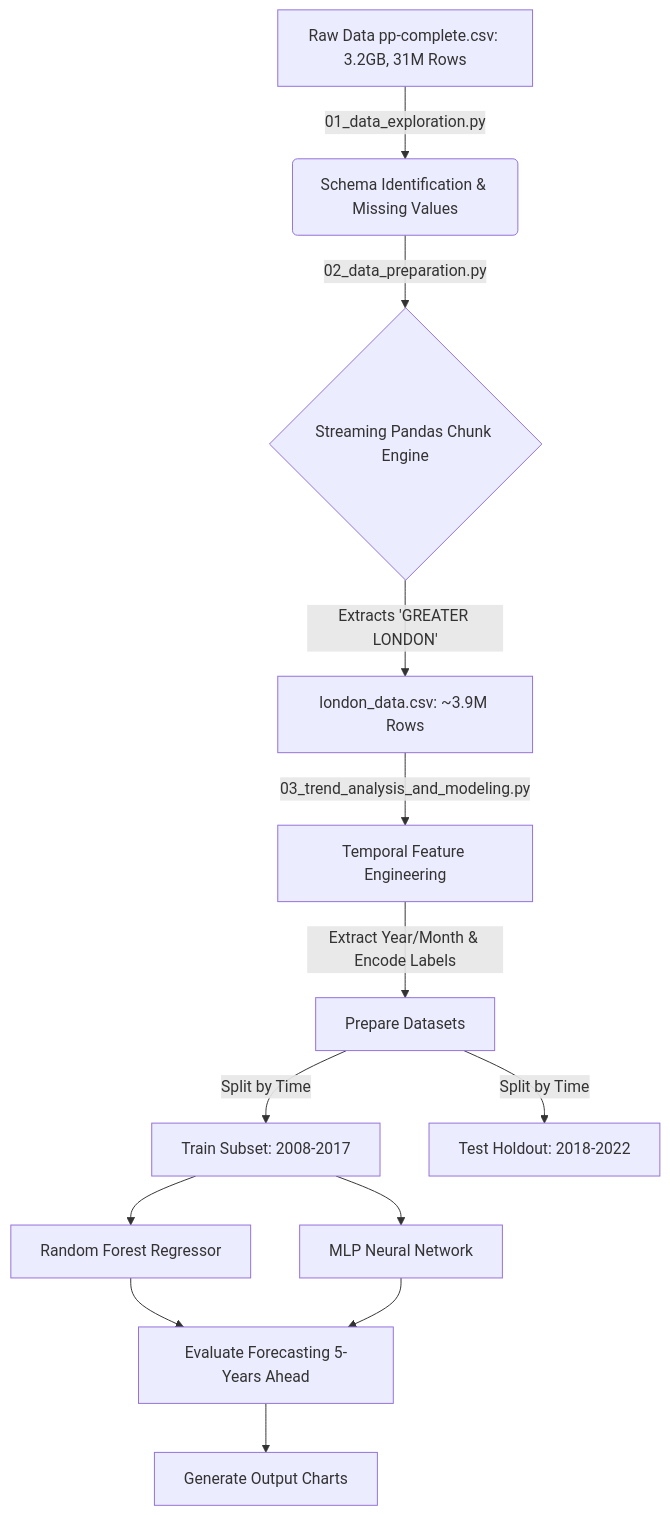
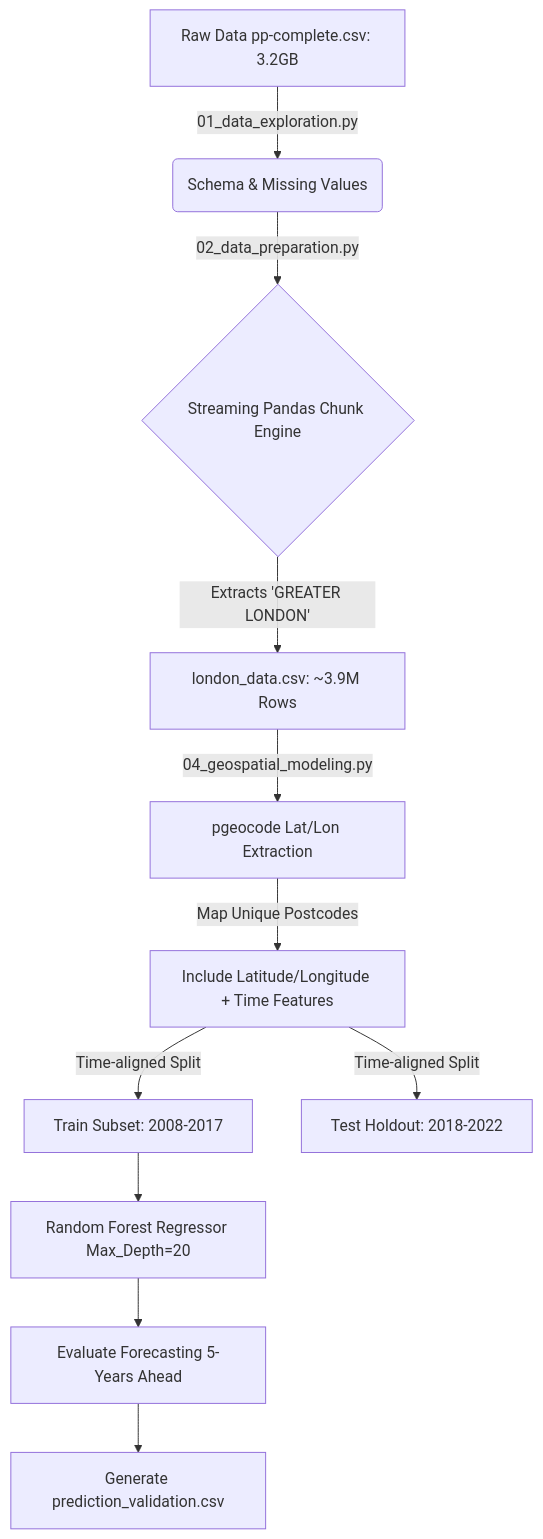
One commit to SuyeshaMitra/Real_Estate_Demand_Estmation changed the diagram in walkthrough.md. Above: the diagram before and after it, drawn with Mermaid. The commit also changed other lines of this file and 3 other files, not shown here.

Commit message:
Added geospatial pgeocode pipeline, exported side-by-side verification CSV, and updated technical documentation.

````diff
--- a/walkthrough.md
+++ b/walkthrough.md
@@ -9,15 +9,13 @@
 ```mermaid
 flowchart TD
-    A[Raw Data pp-complete.csv: 3.2GB, 31M Rows] -->|01_data_exploration.py| B(Schema Identification & Missing Values)
+    A[Raw Data pp-complete.csv: 3.2GB] -->|01_data_exploration.py| B(Schema & Missing Values)
     B -->|02_data_preparation.py| C{Streaming Pandas Chunk Engine}
     C -->|Extracts 'GREATER LONDON'| D[london_data.csv: ~3.9M Rows]
-    D -->|03_trend_analysis_and_modeling.py| E[Temporal Feature Engineering]
-    E -->|Extract Year/Month & Encode Labels| F[Prepare Datasets]
-    F -->|Split by Time| G[Train Subset: 2008-2017]
-    F -->|Split by Time| H[Test Holdout: 2018-2022]
-    G --> I[Random Forest Regressor]
-    G --> J[MLP Neural Network]
+    D -->|04_geospatial_modeling.py| E[pgeocode Lat/Lon Extraction]
+    E -->|Map Unique Postcodes| F[Include Latitude/Longitude + Time Features]
+    F -->|Time-aligned Split| G[Train Subset: 2008-2017]
+    F -->|Time-aligned Split| H[Test Holdout: 2018-2022]
+    G --> I[Random Forest Regressor Max_Depth=20]
     I --> K[Evaluate Forecasting 5-Years Ahead]
-    J --> K
-    K --> L[Generate Output Charts]
+    K --> L[Generate prediction_validation.csv]
 ```
````
